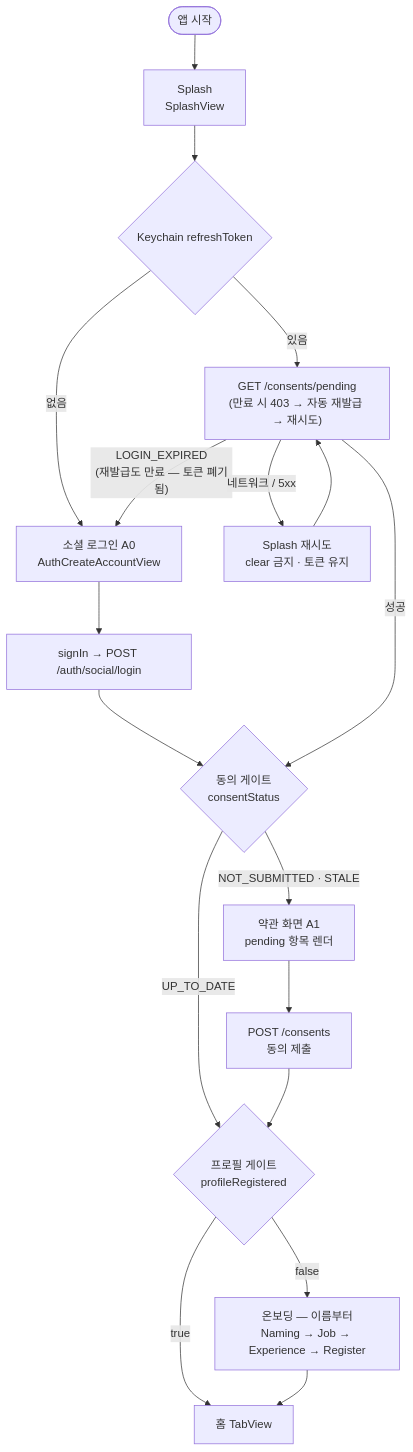
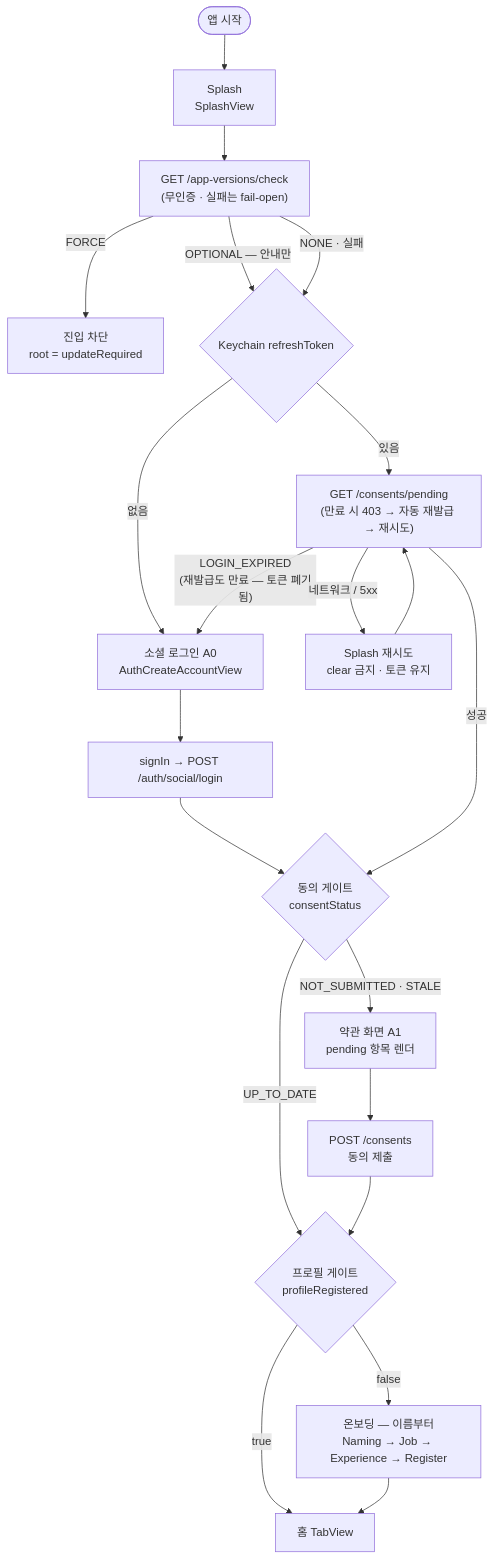
One commit to YAPP-Github/28th-App-Team-1-iOS changed the first of 4 diagrams in docs/work/launch-routing.md. Above: the diagram before and after it, drawn with Mermaid. The commit also changed other lines of this file and 6 other files, not shown here.

````diff
--- a/docs/work/launch-routing.md
+++ b/docs/work/launch-routing.md
@@ -9,24 +11,27 @@
 ```mermaid
 flowchart TD
     launch(["앱 시작"]) --> splash["Splash<br/>SplashView"]
-    splash --> hasRT{"Keychain refreshToken"}
+    splash --> version["GET /app-versions/check<br/>(무인증 · 실패는 fail-open)"]
+    version -- "FORCE" --> blocked["진입 차단<br/>root = updateRequired"]
+    version -- "OPTIONAL — 안내만" --> hasRT{"Keychain refreshToken"}
+    version -- "NONE · 실패" --> hasRT
 
     hasRT -- "없음" --> a0["소셜 로그인 A0<br/>AuthCreateAccountView"]
     a0 --> login["signIn → POST /auth/social/login"]
     login --> gate1
 
     hasRT -- "있음" --> pending["GET /consents/pending<br/>(만료 시 403 → 자동 재발급 → 재시도)"]
     pending -- "LOGIN_EXPIRED<br/>(재발급도 만료 — 토큰 폐기됨)" --> a0
     pending -- "네트워크 / 5xx" --> retry["Splash 재시도<br/>clear 금지 · 토큰 유지"]
     retry --> pending
     pending -- "성공" --> gate1
 
     gate1{"동의 게이트<br/>consentStatus"} -- "UP_TO_DATE" --> gate2
     gate1 -- "NOT_SUBMITTED · STALE" --> terms["약관 화면 A1<br/>pending 항목 렌더"]
     terms --> submit["POST /consents<br/>동의 제출"]
     submit --> gate2
 
     gate2{"프로필 게이트<br/>profileRegistered"} -- "true" --> home["홈 TabView"]
     gate2 -- "false" --> onboarding["온보딩 — 이름부터<br/>Naming → Job → Experience → Register"]
     onboarding --> home
 ```
````
